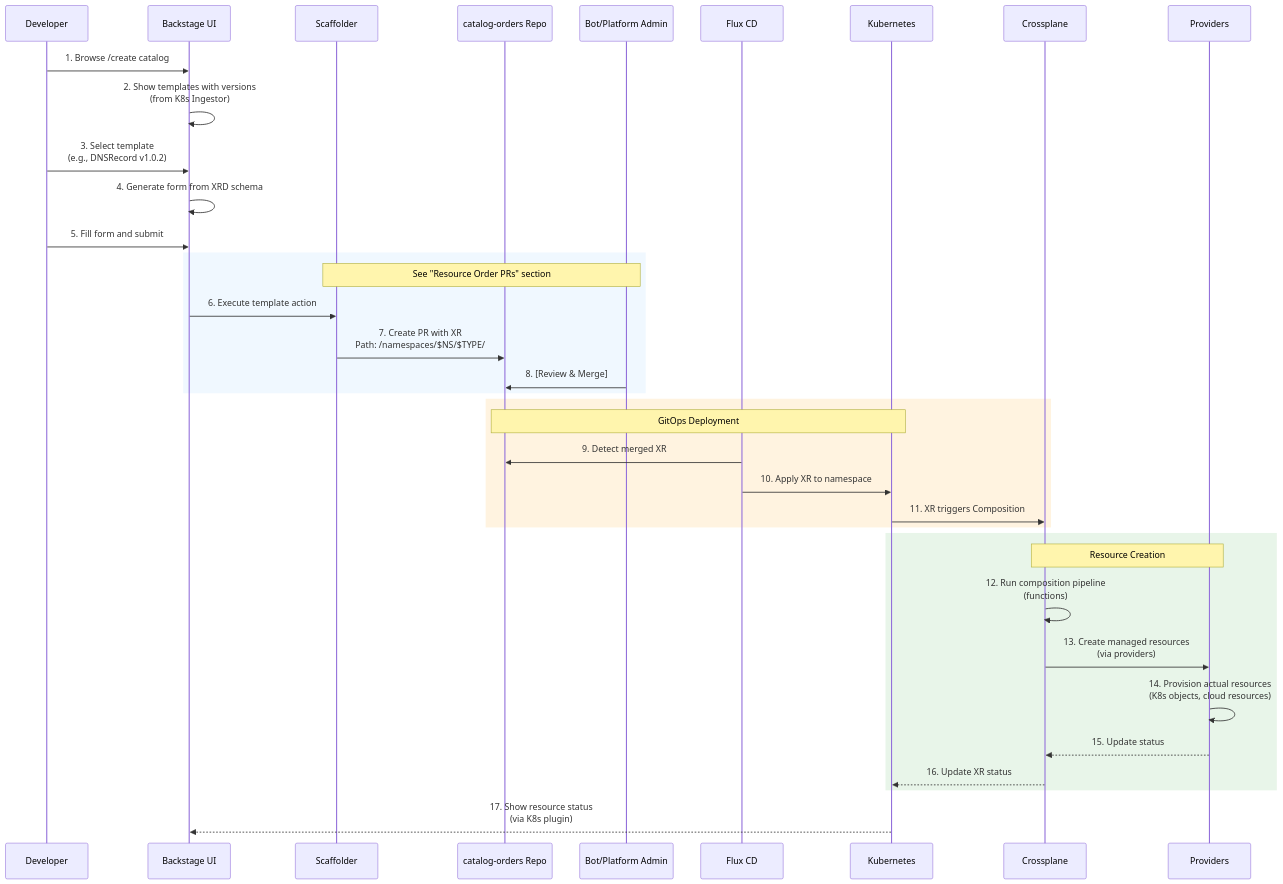
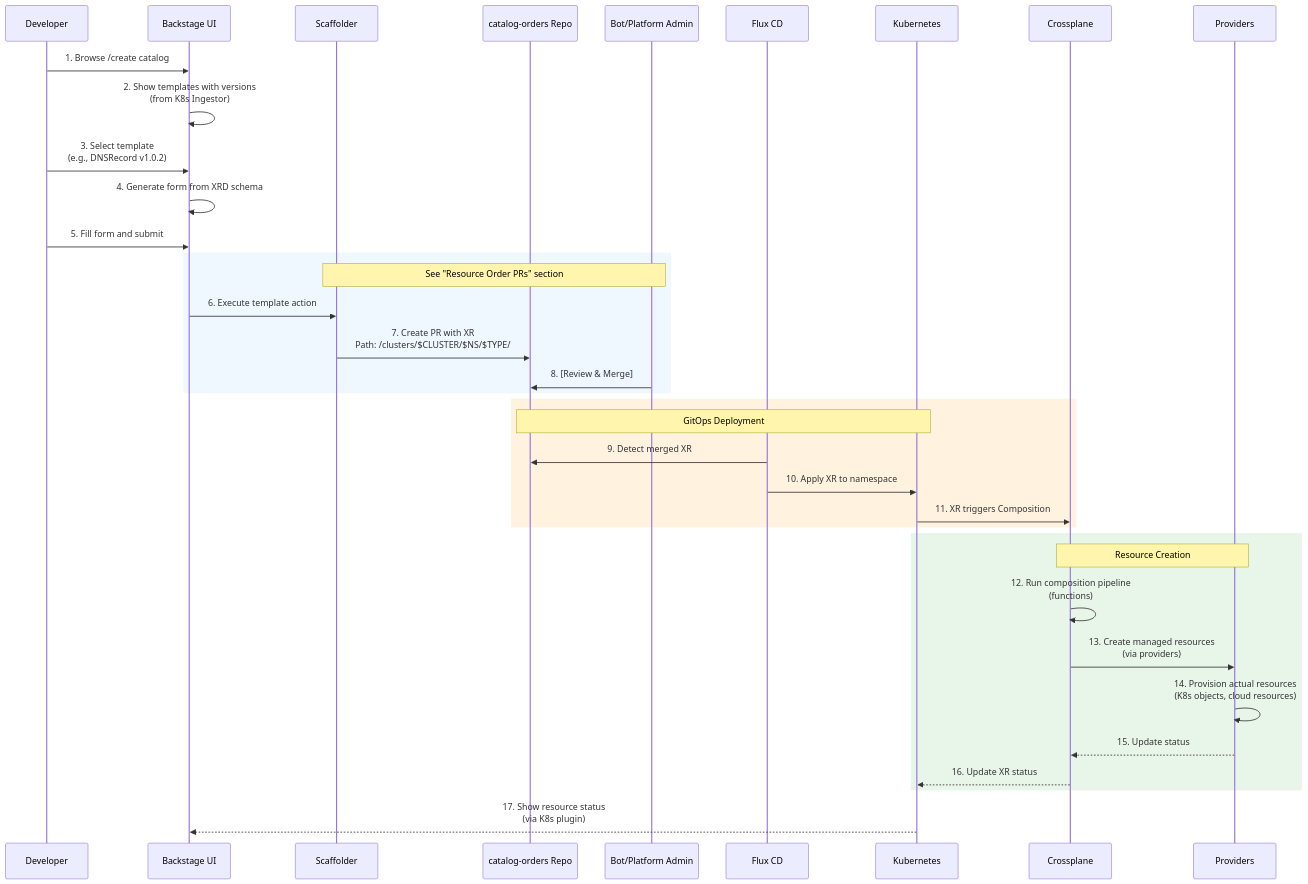
Before and after one commit to open-service-portal/portal-workspace: the tenth of 20 diagrams in docs/workflow.md, drawn with Mermaid. The commit also changed other lines of this file, not shown here.

First line of the commit message:
fix: update catalog-orders structure to be cluster-scoped

````diff
--- a/docs/workflow.md
+++ b/docs/workflow.md
@@ -343,43 +343,43 @@
 ```mermaid
 sequenceDiagram
     participant User as Developer
     participant UI as Backstage UI
     participant Scaff as Scaffolder
     participant Orders as catalog-orders Repo
     participant Rev as Bot/Platform Admin
     participant Flux as Flux CD
     participant K8s as Kubernetes
     participant Cross as Crossplane
     participant Prov as Providers
 
     User->>UI: 1. Browse /create catalog
     UI->>UI: 2. Show templates with versions<br/>(from K8s Ingestor)
     User->>UI: 3. Select template<br/>(e.g., DNSRecord v1.0.2)
     UI->>UI: 4. Generate form from XRD schema
     User->>UI: 5. Fill form and submit
     
     rect rgb(240, 248, 255)
         Note over Scaff,Rev: See "Resource Order PRs" section
         UI->>Scaff: 6. Execute template action
-        Scaff->>Orders: 7. Create PR with XR<br/>Path: /namespaces/$NS/$TYPE/
+        Scaff->>Orders: 7. Create PR with XR<br/>Path: /clusters/$CLUSTER/$NS/$TYPE/
         Rev->>Orders: 8. [Review & Merge]
     end
     
     rect rgb(255, 243, 224)
         Note over Orders,K8s: GitOps Deployment
         Flux->>Orders: 9. Detect merged XR
         Flux->>K8s: 10. Apply XR to namespace
         K8s->>Cross: 11. XR triggers Composition
     end
     
     rect rgb(232, 245, 233)
         Note over Cross,Prov: Resource Creation
         Cross->>Cross: 12. Run composition pipeline<br/>(functions)
         Cross->>Prov: 13. Create managed resources<br/>(via providers)
         Prov->>Prov: 14. Provision actual resources<br/>(K8s objects, cloud resources)
         Prov-->>Cross: 15. Update status
         Cross-->>K8s: 16. Update XR status
     end
     
     K8s-->>UI: 17. Show resource status<br/>(via K8s plugin)
 ```
````
